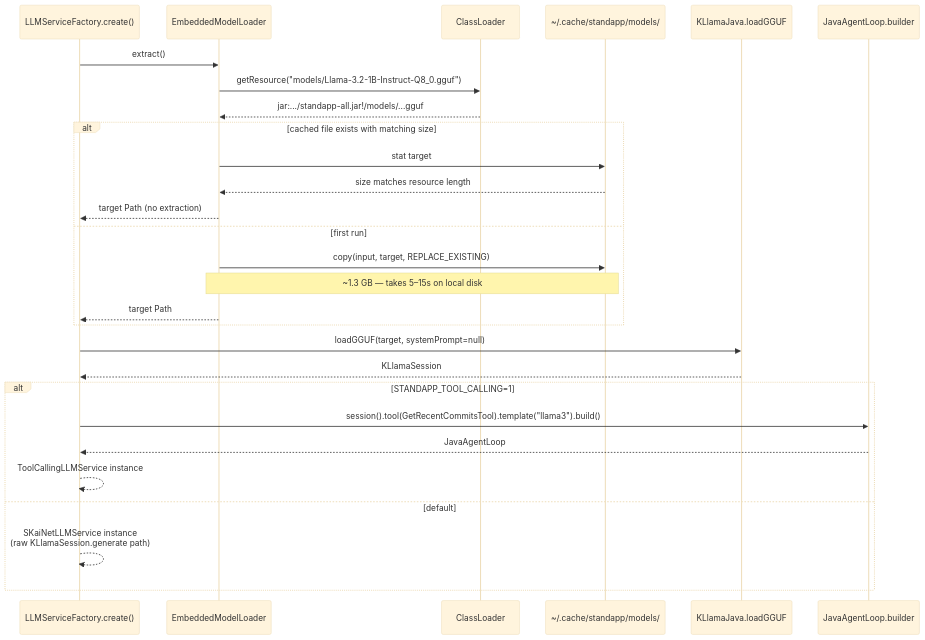
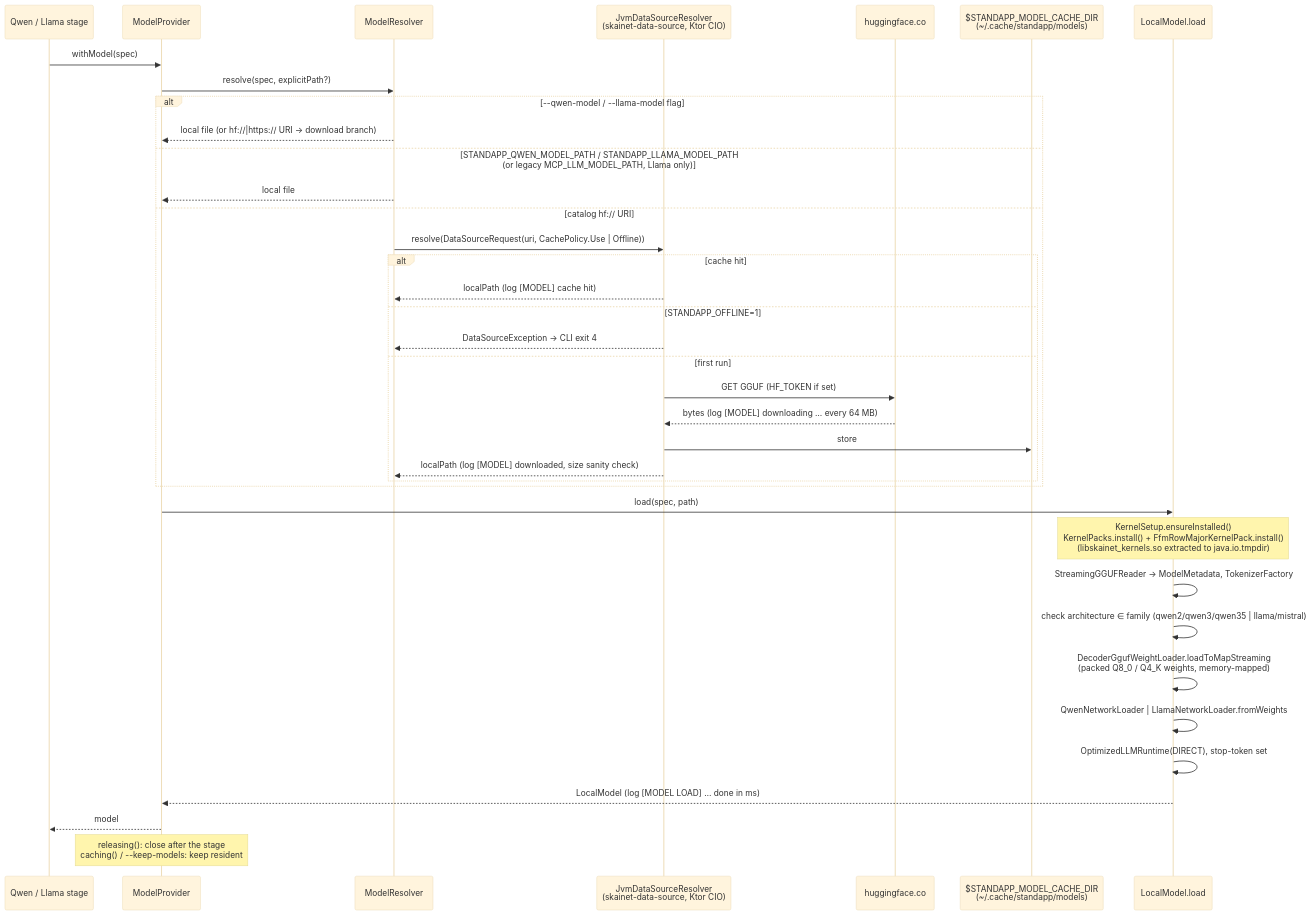
Before and after one commit to michalharakal/Daily-StandAPP: the third of 7 diagrams in docs/modules/architecture/pages/06-runtime-view.adoc, drawn with Mermaid (base theme). The commit also changed other lines of this file and 38 other files, not shown here.

First line of the commit message:
docs: truth sweep for the two-model pipeline (arc42 ADR-012, prompt-engineering, verification log)

```diff
--- a/docs/modules/architecture/pages/06-runtime-view.adoc
+++ b/docs/modules/architecture/pages/06-runtime-view.adoc
@@ -112,35 +144,44 @@
 [mermaid]
 ----
 sequenceDiagram
-    participant Factory as LLMServiceFactory.create()
-    participant EML as EmbeddedModelLoader
-    participant CL as ClassLoader
-    participant FS as ~/.cache/standapp/models/
-    participant KLlama as KLlamaJava.loadGGUF
-    participant Builder as JavaAgentLoop.builder
+    participant Stage as Qwen / Llama stage
+    participant Provider as ModelProvider
+    participant Resolver as ModelResolver
+    participant DS as JvmDataSourceResolver<br/>(skainet-data-source, Ktor CIO)
+    participant HF as huggingface.co
+    participant Cache as $STANDAPP_MODEL_CACHE_DIR<br/>(~/.cache/standapp/models)
+    participant Local as LocalModel.load
 
-    Factory->>EML: extract()
-    EML->>CL: getResource("models/Llama-3.2-1B-Instruct-Q8_0.gguf")
-    CL-->>EML: jar:.../standapp-all.jar!/models/...gguf
+    Stage->>Provider: withModel(spec)
+    Provider->>Resolver: resolve(spec, explicitPath?)
 
-    alt cached file exists with matching size
-        EML->>FS: stat target
-        FS-->>EML: size matches resource length
-        EML-->>Factory: target Path (no extraction)
-    else first run
-        EML->>FS: copy(input, target, REPLACE_EXISTING)
-        Note over EML,FS: ~1.3 GB — takes 5–15s on local disk
-        EML-->>Factory: target Path
+    alt --qwen-model / --llama-model flag
+        Resolver-->>Provider: local file (or hf://|https:// URI → download branch)
+    else STANDAPP_QWEN_MODEL_PATH / STANDAPP_LLAMA_MODEL_PATH<br/>(or legacy MCP_LLM_MODEL_PATH, Llama only)
+        Resolver-->>Provider: local file
+    else catalog hf:// URI
+        Resolver->>DS: resolve(DataSourceRequest(uri, CachePolicy.Use | Offline))
+        alt cache hit
+            DS-->>Resolver: localPath (log [MODEL] cache hit)
+        else STANDAPP_OFFLINE=1
+            DS-->>Resolver: DataSourceException → CLI exit 4
+        else first run
+            DS->>HF: GET GGUF (HF_TOKEN if set)
+            HF-->>DS: bytes (log [MODEL] downloading … every 64 MB)
+            DS->>Cache: store
+            DS-->>Resolver: localPath (log [MODEL] downloaded, size sanity check)
+        end
     end
 
-    Factory->>KLlama: loadGGUF(target, systemPrompt=null)
-    KLlama-->>Factory: KLlamaSession
+    Provider->>Local: load(spec, path)
+    Note over Local: KernelSetup.ensureInstalled()<br/>KernelPacks.install() + FfmRowMajorKernelPack.install()<br/>(libskainet_kernels.so extracted to java.io.tmpdir)
+    Local->>Local: StreamingGGUFReader → ModelMetadata, TokenizerFactory
+    Local->>Local: check architecture ∈ family (qwen2/qwen3/qwen35 | llama/mistral)
+    Local->>Local: DecoderGgufWeightLoader.loadToMapStreaming<br/>(packed Q8_0 / Q4_K weights, memory-mapped)
+    Local->>Local: QwenNetworkLoader | LlamaNetworkLoader.fromWeights
+    Local->>Local: OptimizedLLMRuntime(DIRECT), stop-token set
+    Local-->>Provider: LocalModel (log [MODEL LOAD] … done in ms)
+    Provider-->>Stage: model
 
-    alt STANDAPP_TOOL_CALLING=1
-        Factory->>Builder: session().tool(GetRecentCommitsTool).template("llama3").build()
-        Builder-->>Factory: JavaAgentLoop
-        Factory-->>Factory: ToolCallingLLMService instance
-    else default
-        Factory-->>Factory: SKaiNetLLMService instance<br/>(raw KLlamaSession.generate path)
-    end
+    Note over Provider: releasing(): close after the stage<br/>caching() / --keep-models: keep resident
 ----
```
